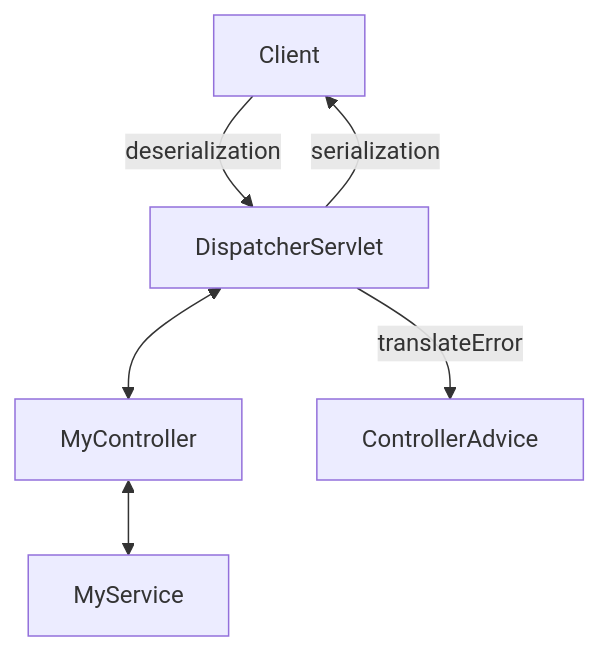
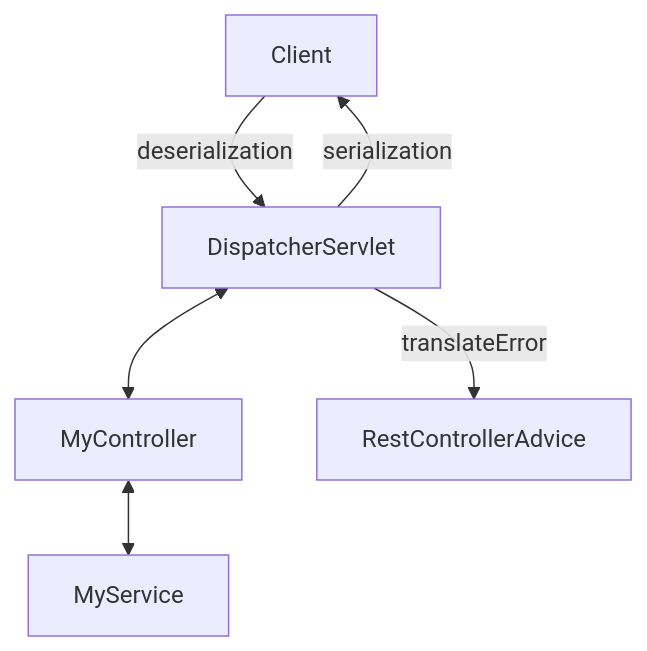
One commit to Zomzog/iut-spring-kotlin changed the third of 3 diagrams in slides/pages/c2/error.md. Above: the diagram before and after it, drawn with Mermaid. The commit also changed other lines of this file and 6 other files, not shown here.

First line of the commit message:
Rework C2 error slides: RestControllerAdvice and layered test

````diff
--- a/slides/pages/c2/error.md
+++ b/slides/pages/c2/error.md
@@ -62,8 +62,8 @@
 ```mermaid
 flowchart TD
     Client --> |deserialization| DispatcherServlet
     DispatcherServlet <--> MyController
     MyController <--> MyService
     DispatcherServlet --> |serialization| Client
-    DispatcherServlet --> |translateError| ControllerAdvice
+    DispatcherServlet --> |translateError| RestControllerAdvice
 ```
````
